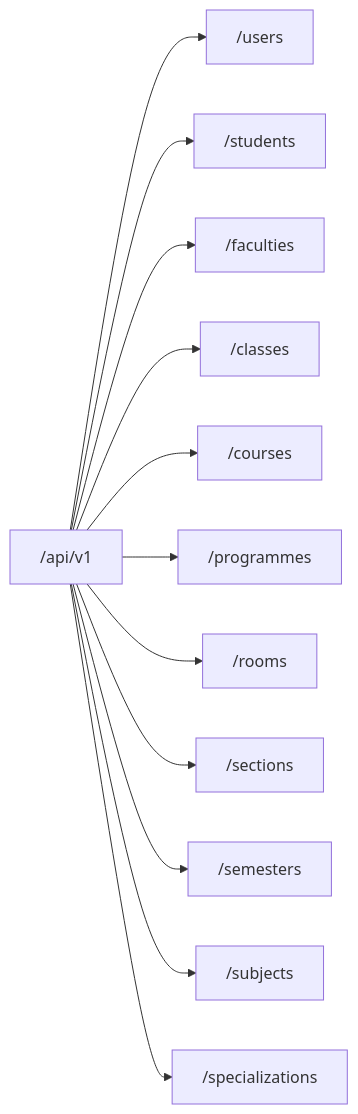
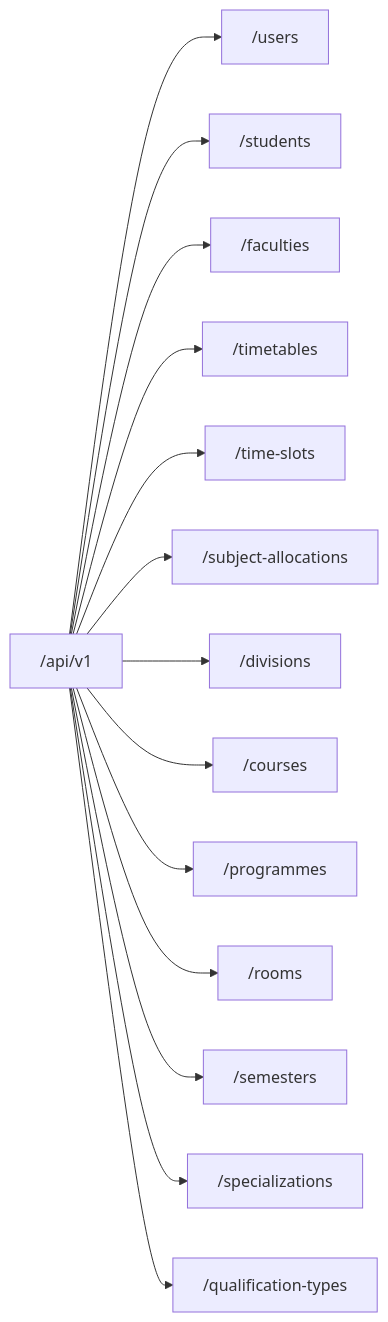
The seventh of 10 diagrams in .qoder/repowiki/en/content/Backend Architecture/Server Setup & Configuration.md (Aryan9060/Timetable-Project), drawn with Mermaid before and after one commit. The commit also changed other lines of this file and 15 other files, not shown here.

````diff
--- a/.qoder/repowiki/en/content/Backend Architecture/Server Setup & Configuration.md
+++ b/.qoder/repowiki/en/content/Backend Architecture/Server Setup & Configuration.md
@@ -189,14 +261,16 @@
 ```mermaid
 graph LR
 Root["/api/v1"] --> Users["/users"]
 Root --> Students["/students"]
 Root --> Faculties["/faculties"]
-Root --> Classes["/classes"]
+Root --> Timetables["/timetables"]
+Root --> TimeSlots["/time-slots"]
+Root --> SubjectAllocations["/subject-allocations"]
+Root --> Divisions["/divisions"]
 Root --> Courses["/courses"]
 Root --> Programmes["/programmes"]
 Root --> Rooms["/rooms"]
-Root --> Sections["/sections"]
 Root --> Semesters["/semesters"]
-Root --> Subjects["/subjects"]
 Root --> Specializations["/specializations"]
+Root --> QualificationTypes["/qualification-types"]
 ```
````
